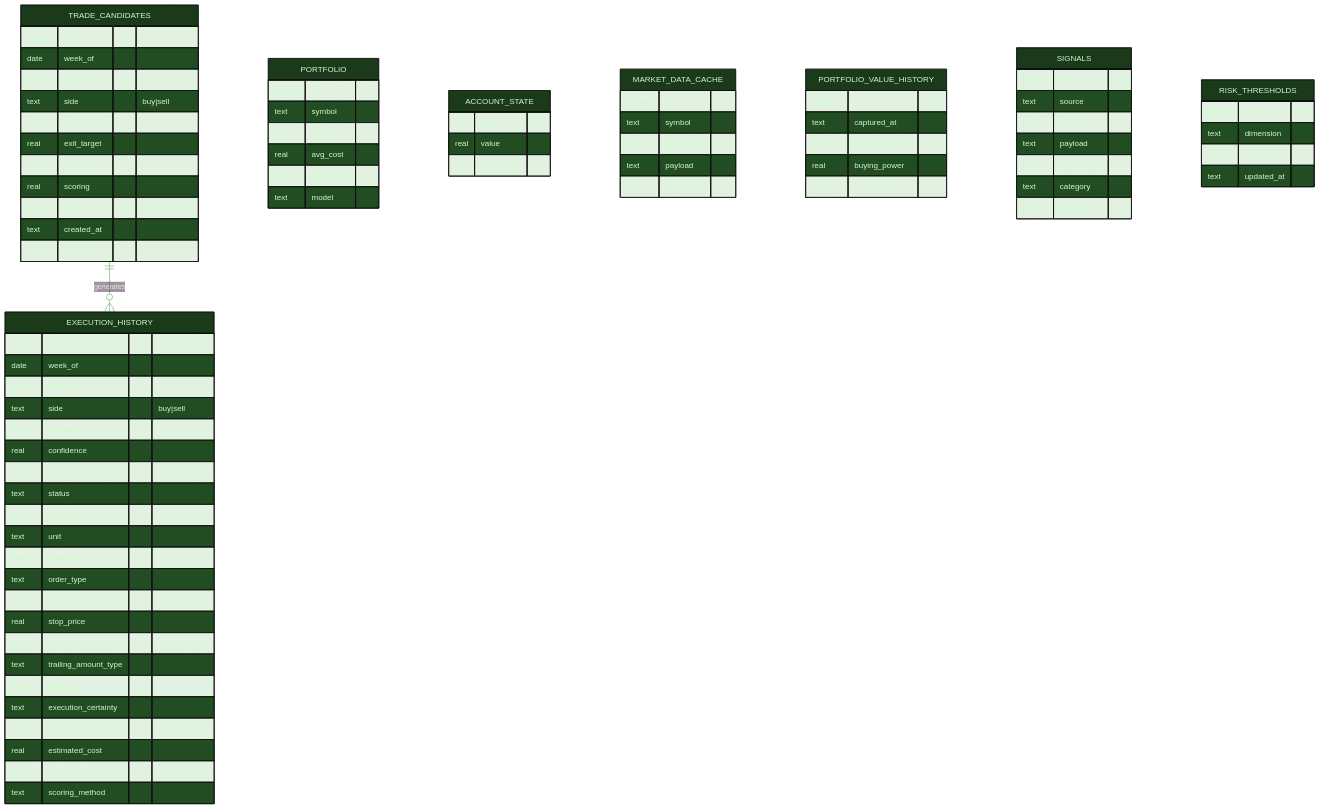
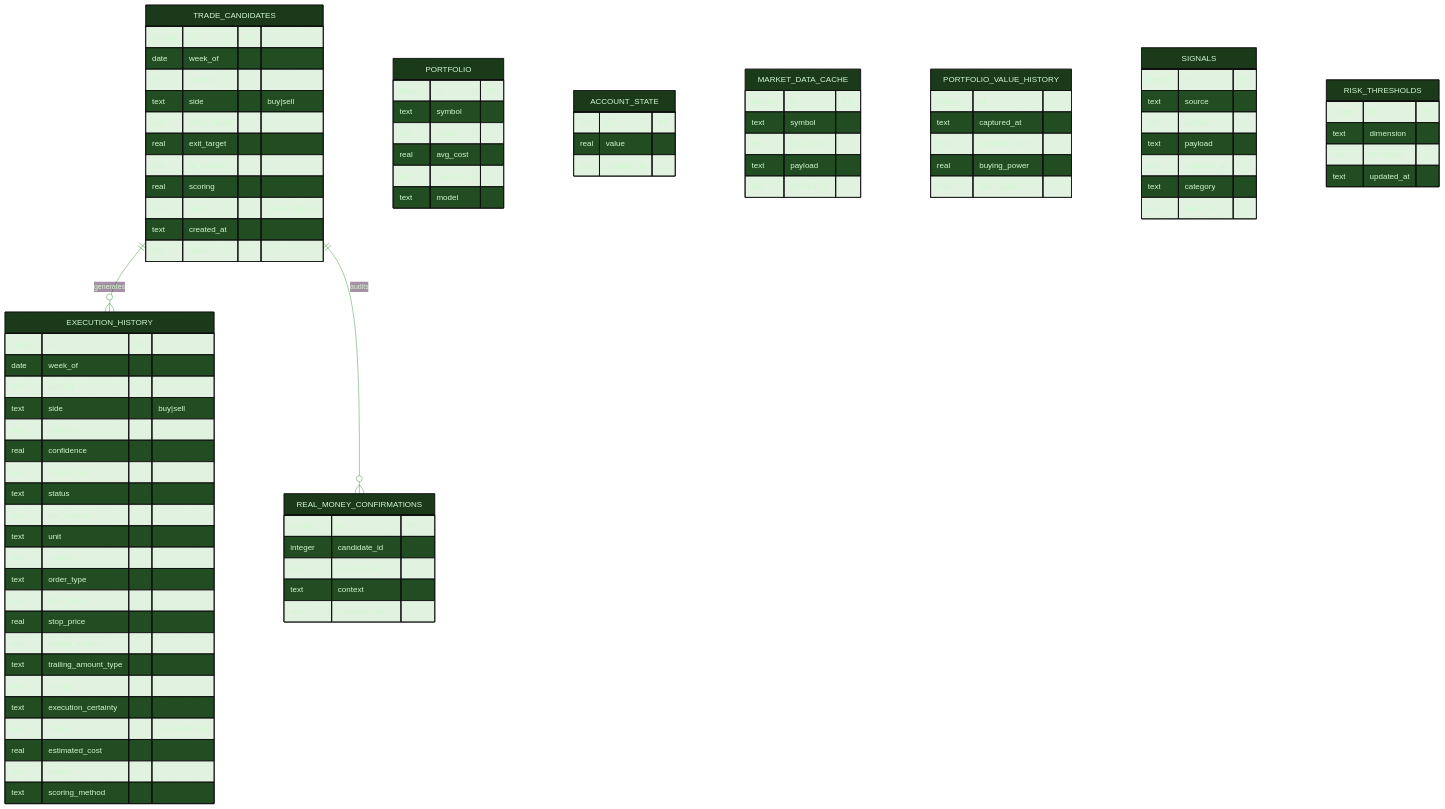
One commit to tylerdrakemusic/-Workspace changed the diagram in diagrams/capital-db-schema.mmd. Above: the diagram before and after it, drawn with Mermaid.

Commit message:
docs: add REAL_MONEY_CONFIRMATIONS entity to capital-db-schema diagram (FR-20260704-sigmacapital-trade-gate-real-money-confirm)

```diff
--- a/diagrams/capital-db-schema.mmd
+++ b/diagrams/capital-db-schema.mmd
@@ -1,90 +1,99 @@
 %%{init: {'theme': 'base', 'themeVariables': {'primaryColor': '#1a3a1a', 'primaryTextColor': '#d0f8d0', 'edgeLabelBackground': '#0f1318', 'lineColor': '#4a9a4a'}}}%%
 erDiagram
     TRADE_CANDIDATES ||--o{ EXECUTION_HISTORY : generates
+    TRADE_CANDIDATES ||--o{ REAL_MONEY_CONFIRMATIONS : audits
 
     PORTFOLIO {
         integer id PK
         text symbol
         real shares
         real avg_cost
         text opened_at
         text model
     }
     ACCOUNT_STATE {
         text key PK
         real value
         text updated_at
     }
     EXECUTION_HISTORY {
         integer id PK
         date week_of
         text symbol
         text side "buy|sell"
         text rationale
         real confidence
         text created_at
         text status
         text risk_reason
         text unit
         real quantity
         text order_type
         real limit_price
         real stop_price
         real trailing_amount
         text trailing_amount_type
         text timing
         text execution_certainty
         text mode "simulated|real"
         real estimated_cost
         text model
         text scoring_method
     }
     MARKET_DATA_CACHE {
         integer id PK
         text symbol
         text data_type
         text payload
         text fetched_at
     }
     PORTFOLIO_VALUE_HISTORY {
         integer id PK
         text captured_at
         real portfolio_value
         real buying_power
         real total_value
     }
     SIGNALS {
         integer id PK
         text source
         text symbol
         text payload
         text captured_at
         text category
         text batch_id
     }
     RISK_THRESHOLDS {
         integer id PK
         text dimension
         real threshold
         text updated_at
     }
     TRADE_CANDIDATES {
         integer id PK
         date week_of
         text symbol
         text side "buy|sell"
         real entry_target
         real exit_target
         text ai_reason
         real scoring
         text mode "simulated|real"
         text created_at
         text model
     }
 
+    REAL_MONEY_CONFIRMATIONS {
+        integer id PK
+        integer candidate_id
+        text account_ref
+        text context
+        text confirmed_at
+    }
+
     %% sigmacapital.db — SQLCipher, key=SIGMACAPITAL_DB_KEY
     %% CHECK constraints enforce side ∈ {buy,sell} and mode ∈ {sim,real}
     %% mode='real' reserved for future FR after broker-API compliance review
     %% model column (FR-20260627): per-pick LLM provenance — legacy portfolio/execution rows backfilled to 'raptor', legacy candidates left NULL
     %% mode='real' authorized (charter amended, broker-API compliance review complete)
     %% for the single dedicated low-risk account; M2 order placement gated on funding
```
